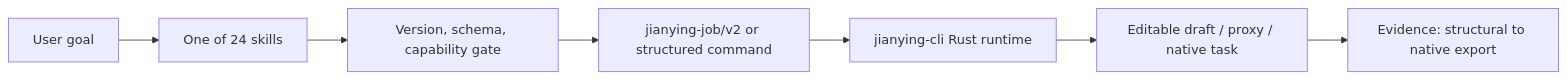
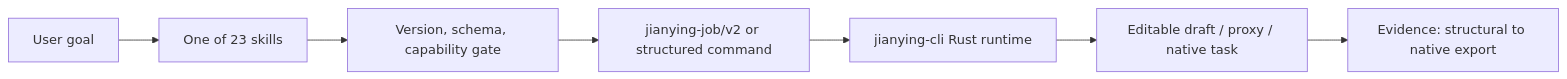
The diagram in README.md (full-aigc-skills/jianying-skills), drawn with Mermaid before and after one commit. The commit also changed 18 other files, not shown here.

````diff
--- a/README.md
+++ b/README.md
@@ -23,9 +23,9 @@
 ```mermaid
 flowchart LR
-    U[User goal] --> S[One of 24 skills]
+    U[User goal] --> S[One of 23 skills]
     S --> G[Version, schema, capability gate]
     G --> J[jianying-job/v2 or structured command]
     J --> R[jianying-cli Rust runtime]
     R --> D[Editable draft / proxy / native task]
     D --> E[Evidence: structural to native export]
 ```
````
